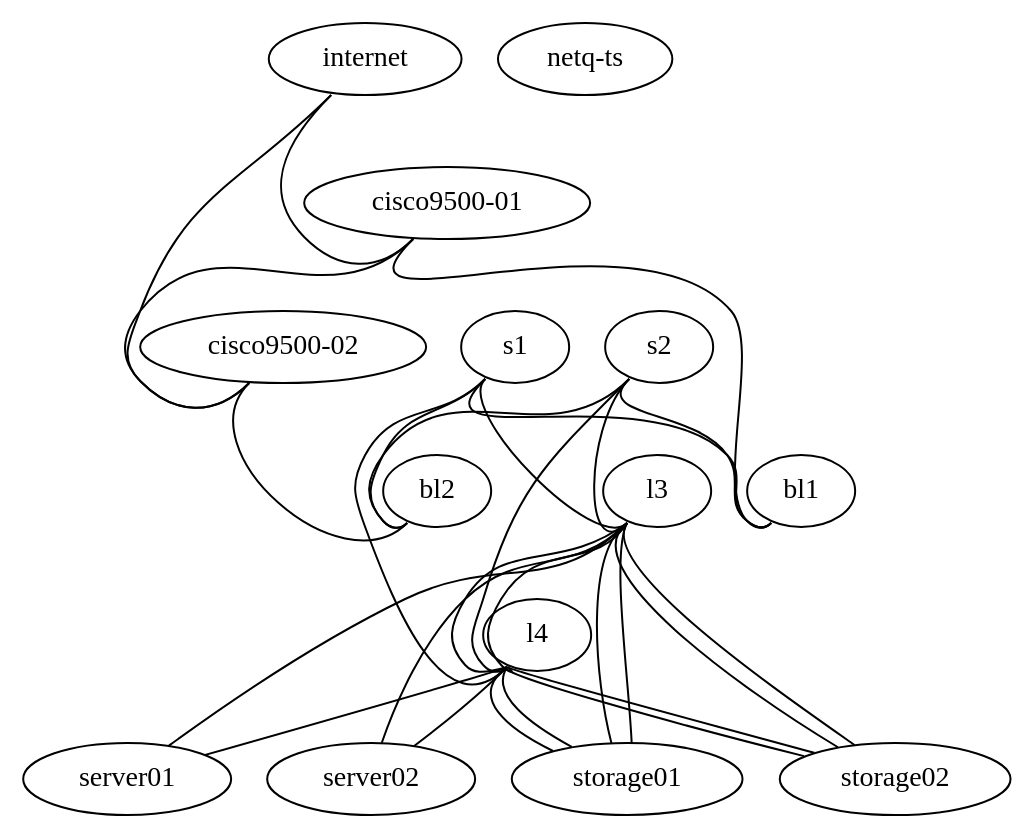
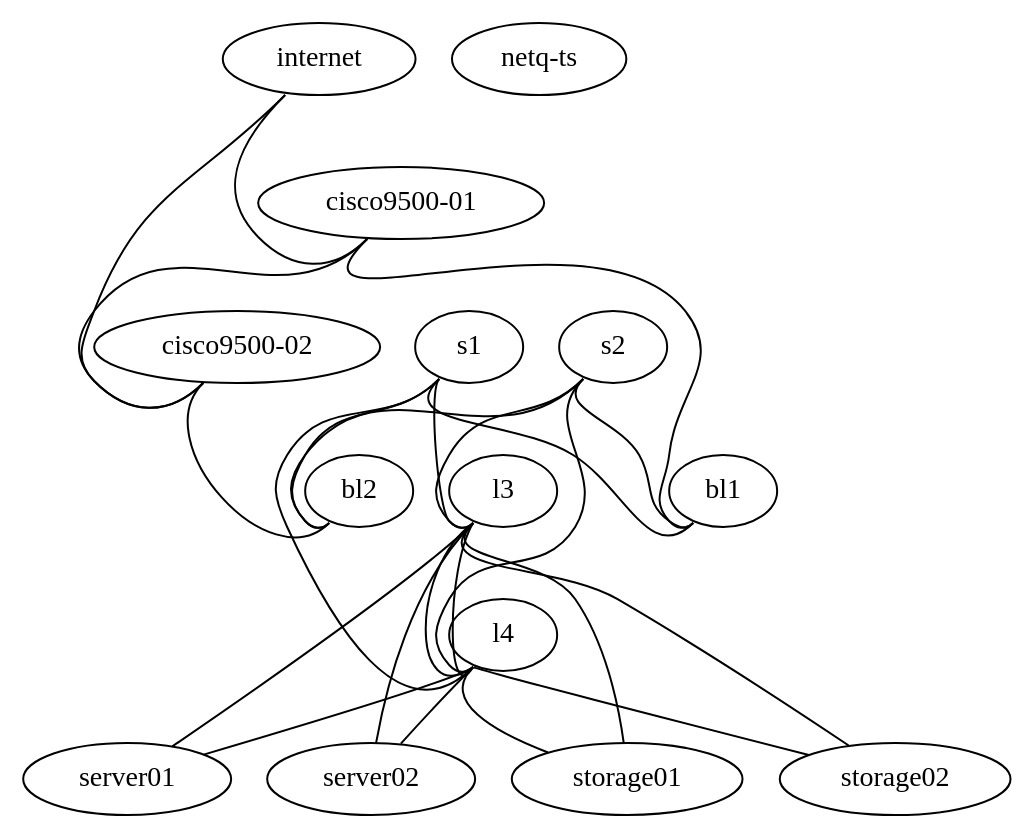
The diagram in vx_simulation/site.dot (Cloudofyou/poc-old-oneok), drawn with Graphviz before and after one commit. The commit also changed 85 other files, not shown here.

```diff
--- a/vx_simulation/site.dot
+++ b/vx_simulation/site.dot
@@ -1,46 +1,42 @@
 graph site {
  "internet" [function="internet" os="CumulusCommunity/cumulus-vx" version="3.7.5" memory="1024" config="./helper_scripts/extra_switch_config.sh" mgmt_ip="192.168.200.1"]
  "cisco9500-01" [function="cisco" os="CumulusCommunity/cumulus-vx" version="3.7.5" memory="1024" config="./helper_scripts/extra_switch_config.sh" mgmt_ip="192.168.200.2"]
  "cisco9500-02" [function="cisco" os="CumulusCommunity/cumulus-vx" version="3.7.5" memory="1024" config="./helper_scripts/extra_switch_config.sh" mgmt_ip="192.168.200.3"]
  "s1" [function="spine" os="CumulusCommunity/cumulus-vx" version="3.7.5" memory="1024" config="./helper_scripts/extra_switch_config.sh" mgmt_ip="192.168.200.4"]
  "s2" [function="spine" os="CumulusCommunity/cumulus-vx" version="3.7.5" memory="1024" config="./helper_scripts/extra_switch_config.sh" mgmt_ip="192.168.200.5"]
  "bl1" [function="leaf" os="CumulusCommunity/cumulus-vx" version="3.7.5" memory="1024" config="./helper_scripts/extra_switch_config.sh" mgmt_ip="192.168.200.6"]
  "bl2" [function="leaf" os="CumulusCommunity/cumulus-vx" version="3.7.5" memory="1024" config="./helper_scripts/extra_switch_config.sh" mgmt_ip="192.168.200.7"]
  "l3" [function="leaf" os="CumulusCommunity/cumulus-vx" version="3.7.5" memory="1024" config="./helper_scripts/extra_switch_config.sh" mgmt_ip="192.168.200.8"]
  "l4" [function="leaf" os="CumulusCommunity/cumulus-vx" version="3.7.5" memory="1024" config="./helper_scripts/extra_switch_config.sh" mgmt_ip="192.168.200.9"]
  "server01" [function="host" os="yk0/ubuntu-xenial" memory="768" config="./helper_scripts/extra_server_config.sh" mgmt_ip="192.168.200.10"]
  "server02" [function="host" os="yk0/ubuntu-xenial" memory="768" config="./helper_scripts/extra_server_config.sh" mgmt_ip="192.168.200.11"]
  "storage01" [function="host" os="yk0/ubuntu-xenial" memory="768" config="./helper_scripts/extra_server_config.sh" mgmt_ip="192.168.200.12"]
  "storage02" [function="host" os="yk0/ubuntu-xenial" memory="768" config="./helper_scripts/extra_server_config.sh" mgmt_ip="192.168.200.13"]
  "netq-ts" [function="host" config="./helper_scripts/extra_server_config.sh" mgmt_ip="192.168.200.250" memory="2048" os="cumulus/ts"]
 
 
 "internet":"swp1" -- "cisco9500-01":"swp4"
 "internet":"swp2" -- "cisco9500-02":"swp4"
 "cisco9500-01":"swp1" -- "bl1":"swp25"
 "cisco9500-02":"swp1" -- "bl2":"swp55"
 "cisco9500-01":"swp3" -- "cisco9500-02":"swp3"
 
 "s1":"swp1" -- "bl1":"swp29"
 "s1":"swp2" -- "bl2":"swp53"
 "s1":"swp3" -- "l3":"swp53"
 "s1":"swp4" -- "l4":"swp53"
 "s2":"swp1" -- "bl1":"swp30"
 "s2":"swp2" -- "bl2":"swp54"
 "s2":"swp3" -- "l3":"swp54"
 "s2":"swp4" -- "l4":"swp54"
-"l3":"swp1" -- "server01":"eth1"
-"l3":"swp2" -- "server02":"eth1"
-"l4":"swp1" -- "server01":"eth2"
-"l4":"swp2" -- "server02":"eth2"
+"l3":"swp11" -- "server01":"eth1"
+"l3":"swp12" -- "server02":"eth1"
+"l4":"swp11" -- "server01":"eth2"
+"l4":"swp12" -- "server02":"eth2"
 "l3":"swp55" -- "l4":"swp55"
 "l3":"swp56" -- "l4":"swp56"
 "l3":"swp3" -- "storage01":"eth1"
-"l3":"swp4" -- "storage01":"eth2"
 "l3":"swp5" -- "storage02":"eth1"
-"l3":"swp6" -- "storage02":"eth2"
 "l4":"swp3" -- "storage01":"eth3"
-"l4":"swp4" -- "storage01":"eth4"
 "l4":"swp5" -- "storage02":"eth3"
-"l4":"swp6" -- "storage02":"eth4"
 }
```
